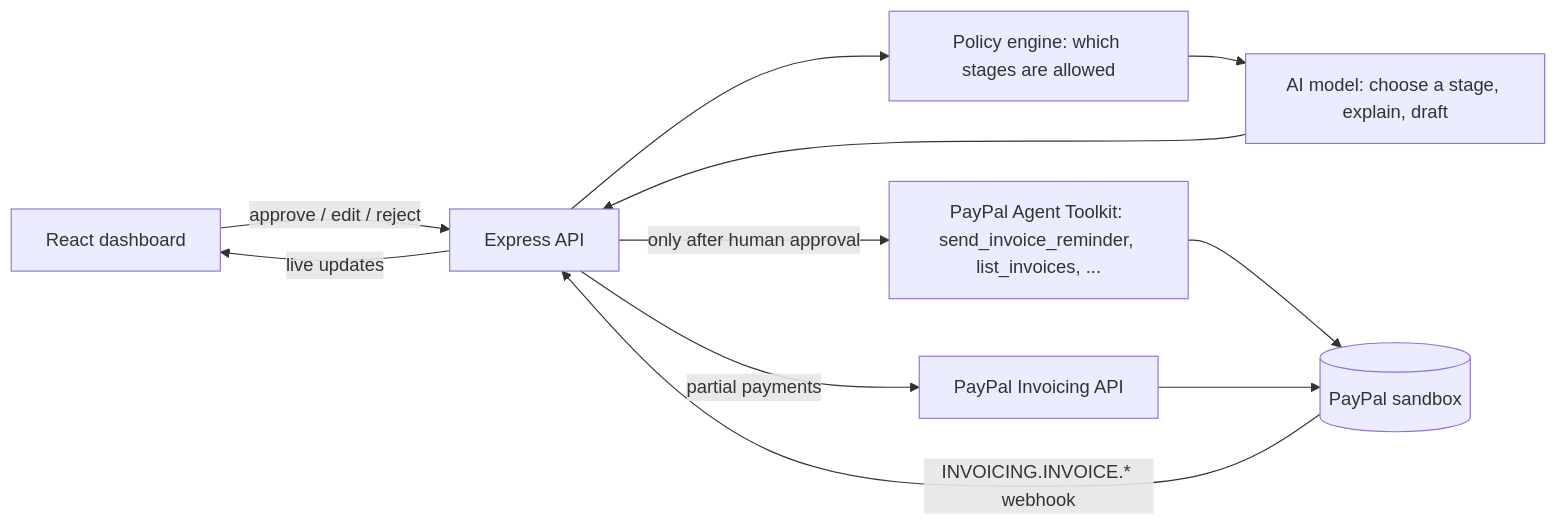
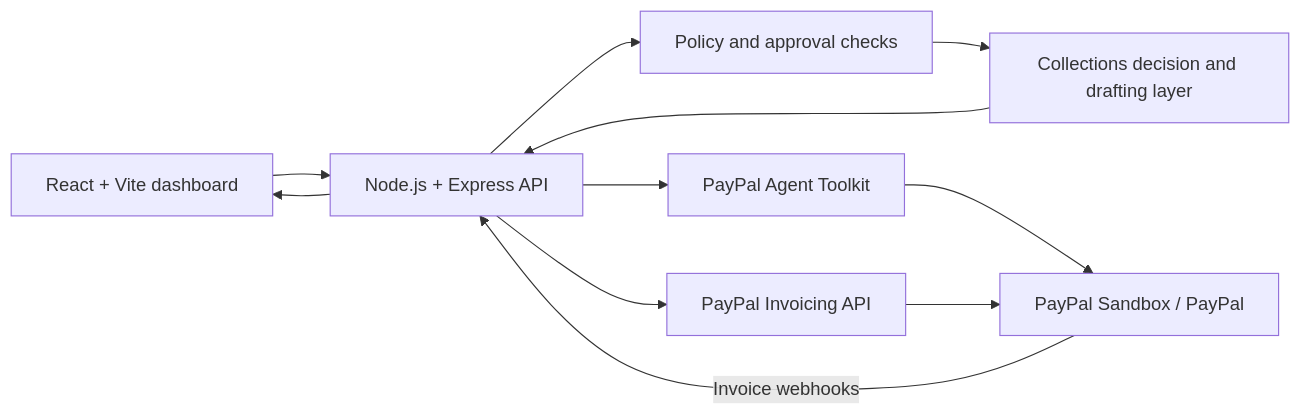
One commit to AKIB2005/PayPal-AI- changed the second of 2 diagrams in README.md. Above: the diagram before and after it, drawn with Mermaid. The commit also changed other lines of this file, not shown here.

````diff
--- a/README.md
+++ b/README.md
@@ -13,13 +78,13 @@
 ```mermaid
 flowchart LR
-  UI["React dashboard"] -->|"approve / edit / reject"| API["Express API"]
-  API --> POLICY["Policy engine: which stages are allowed"]
-  POLICY --> AI["AI model: choose a stage, explain, draft"]
-  AI --> API
-  API -->|"only after human approval"| TK["PayPal Agent Toolkit: send_invoice_reminder, list_invoices, ..."]
-  API -->|"partial payments"| REST["PayPal Invoicing API"]
-  TK --> PP[("PayPal sandbox")]
-  REST --> PP
-  PP -->|"INVOICING.INVOICE.* webhook"| API
-  API -->|"live updates"| UI
+    UI[React + Vite dashboard] --> API[Node.js + Express API]
+    API --> POLICY[Policy and approval checks]
+    POLICY --> AGENT[Collections decision and drafting layer]
+    AGENT --> API
+    API --> TOOLKIT[PayPal Agent Toolkit]
+    API --> REST[PayPal Invoicing API]
+    TOOLKIT --> PP[PayPal Sandbox / PayPal]
+    REST --> PP
+    PP -->|Invoice webhooks| API
+    API --> UI
 ```
````
